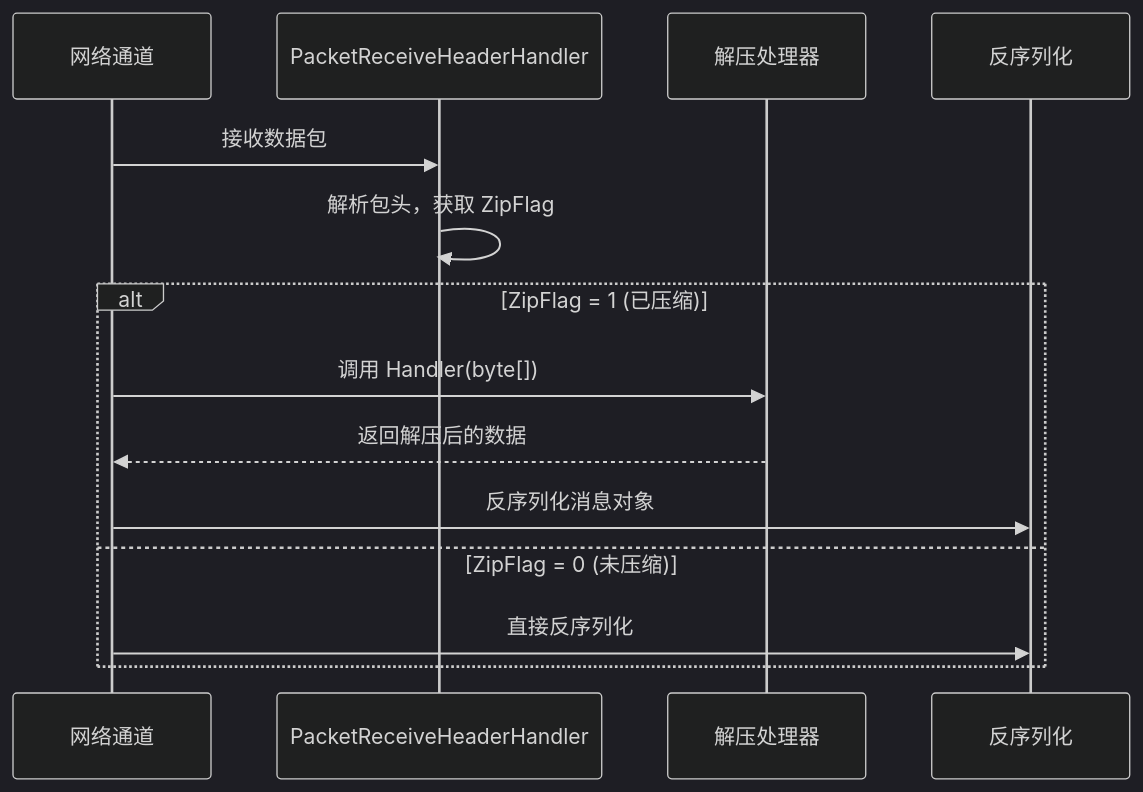
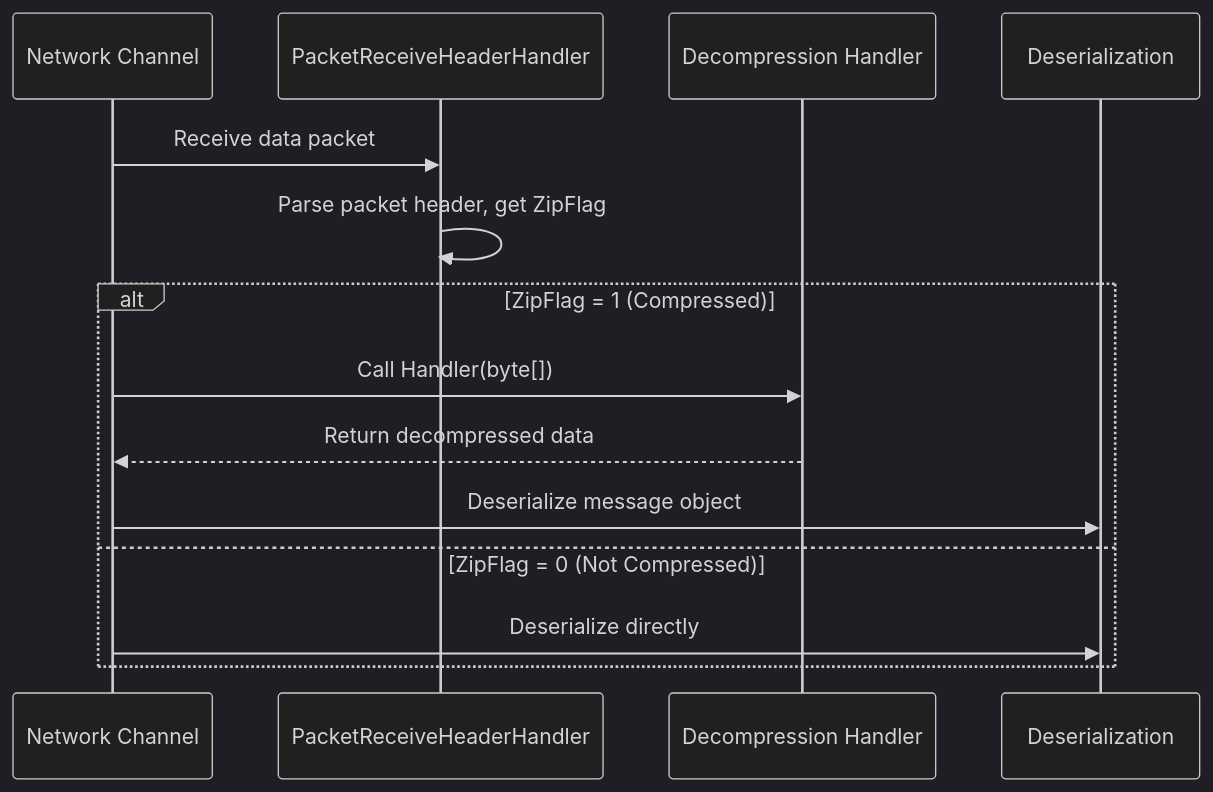
Before and after one commit to AlianBlank/GameFrameX.Docs: the third of 3 diagrams in docs/en/client/unity/component/network/10.message-compression.md, drawn with Mermaid (dark theme). The commit also changed other lines of this file and 242 other files, not shown here.

````diff
--- a/docs/en/client/unity/component/network/10.message-compression.md
+++ b/docs/en/client/unity/component/network/10.message-compression.md
@@ -182,18 +182,18 @@
 ```mermaid
 sequenceDiagram
-    participant Network as 网络通道
+    participant Network as Network Channel
     participant Header as PacketReceiveHeaderHandler
-    participant Decompress as 解压处理器
-    participant Deserialize as 反序列化
+    participant Decompress as Decompression Handler
+    participant Deserialize as Deserialization
 
-    Network->>Header: 接收数据包
-    Header->>Header: 解析包头，获取 ZipFlag
-    
-    alt ZipFlag = 1 (已压缩)
-        Network->>Decompress: 调用 Handler(byte[])
-        Decompress-->>Network: 返回解压后的数据
-        Network->>Deserialize: 反序列化消息对象
-    else ZipFlag = 0 (未压缩)
-        Network->>Deserialize: 直接反序列化
+    Network->>Header: Receive data packet
+    Header->>Header: Parse packet header, get ZipFlag
+
+    alt ZipFlag = 1 (Compressed)
+        Network->>Decompress: Call Handler(byte[])
+        Decompress-->>Network: Return decompressed data
+        Network->>Deserialize: Deserialize message object
+    else ZipFlag = 0 (Not Compressed)
+        Network->>Deserialize: Deserialize directly
     end
 ```
````
